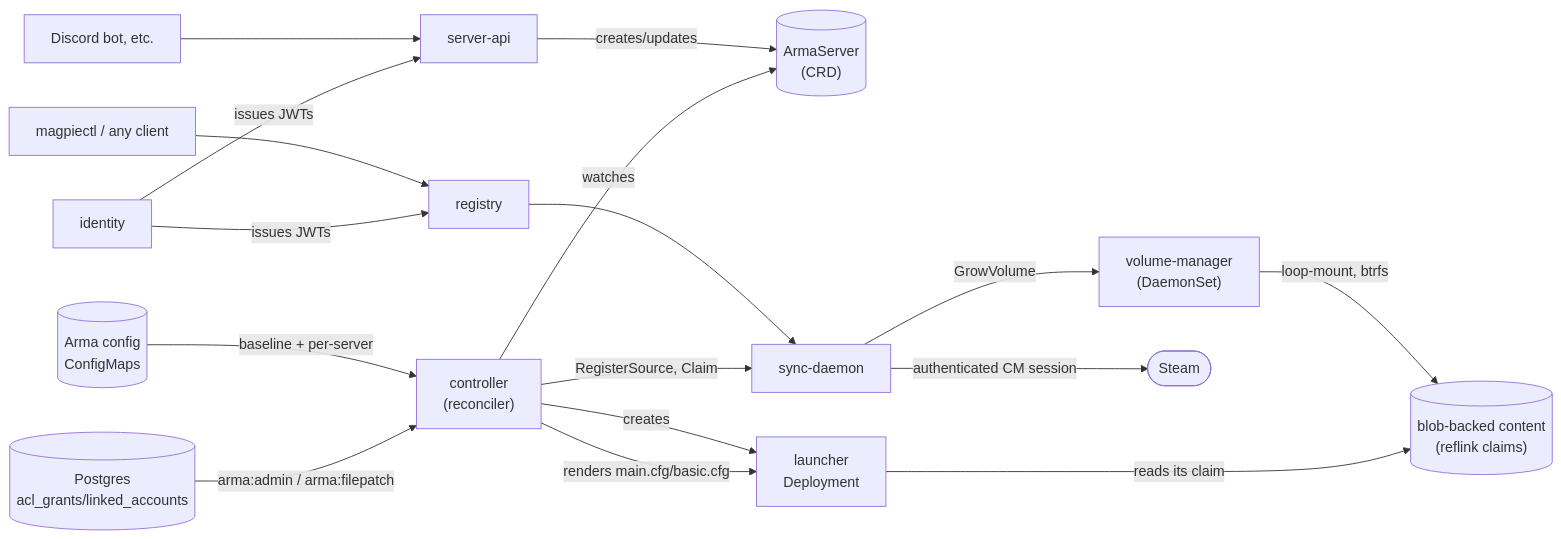
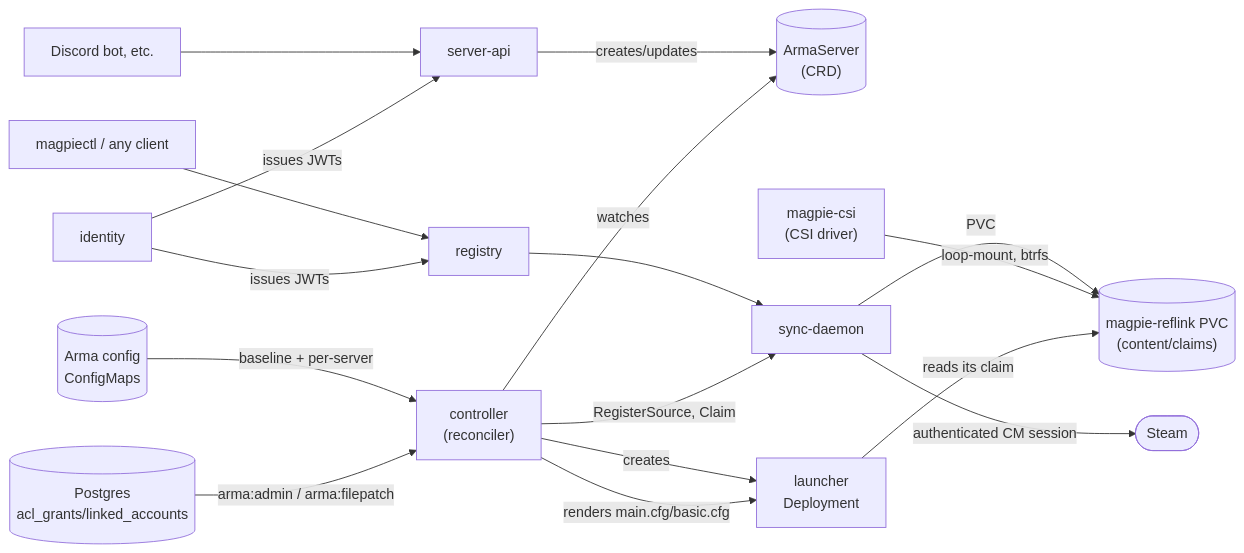
The diagram in README.md (skua-international/magpie), drawn with Mermaid before and after one commit. The commit also changed other lines of this file, not shown here.

First line of the commit message:
docs: README reflects magpie-csi replacing volume-manager

````diff
--- a/README.md
+++ b/README.md
@@ -9,25 +13,25 @@
 ```mermaid
 flowchart LR
     bot["Discord bot, etc."] --> serverapi["server-api"]
     serverapi -->|creates/updates| armaserver[("ArmaServer<br/>(CRD)")]
 
     client["magpiectl / any client"] --> registry["registry"]
     registry --> syncdaemon["sync-daemon"]
 
     controller["controller<br/>(reconciler)"] -->|watches| armaserver
     controller -->|creates| launcher["launcher<br/>Deployment"]
     controller -->|RegisterSource, Claim| syncdaemon
 
-    syncdaemon -->|GrowVolume| volumemanager["volume-manager<br/>(DaemonSet)"]
-    volumemanager -->|loop-mount, btrfs| blob[("blob-backed content<br/>(reflink claims)")]
-    launcher -->|reads its claim| blob
+    syncdaemon -->|PVC| reflinkpvc[("magpie-reflink PVC<br/>(content/claims)")]
+    magpiecsi["magpie-csi<br/>(CSI driver)"] -->|loop-mount, btrfs| reflinkpvc
+    launcher -->|reads its claim| reflinkpvc
 
     armaconfig[("Arma config<br/>ConfigMaps")] -->|baseline + per-server| controller
     postgres[("Postgres<br/>acl_grants/linked_accounts")] -->|arma:admin / arma:filepatch| controller
     controller -->|renders main.cfg/basic.cfg| launcher
 
     identity["identity"] -->|issues JWTs| serverapi
     identity -->|issues JWTs| registry
 
     syncdaemon -->|authenticated CM session| steam(["Steam"])
 ```
````
